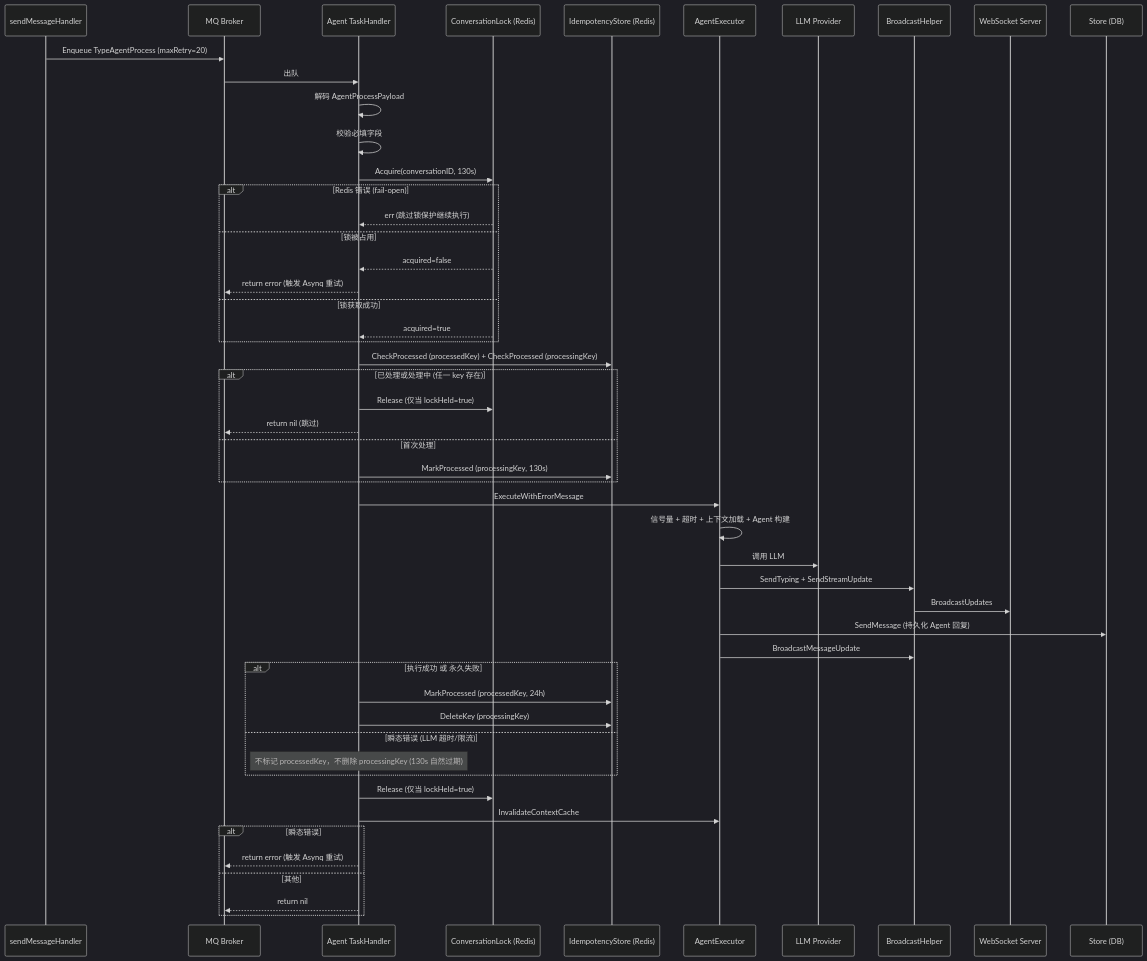
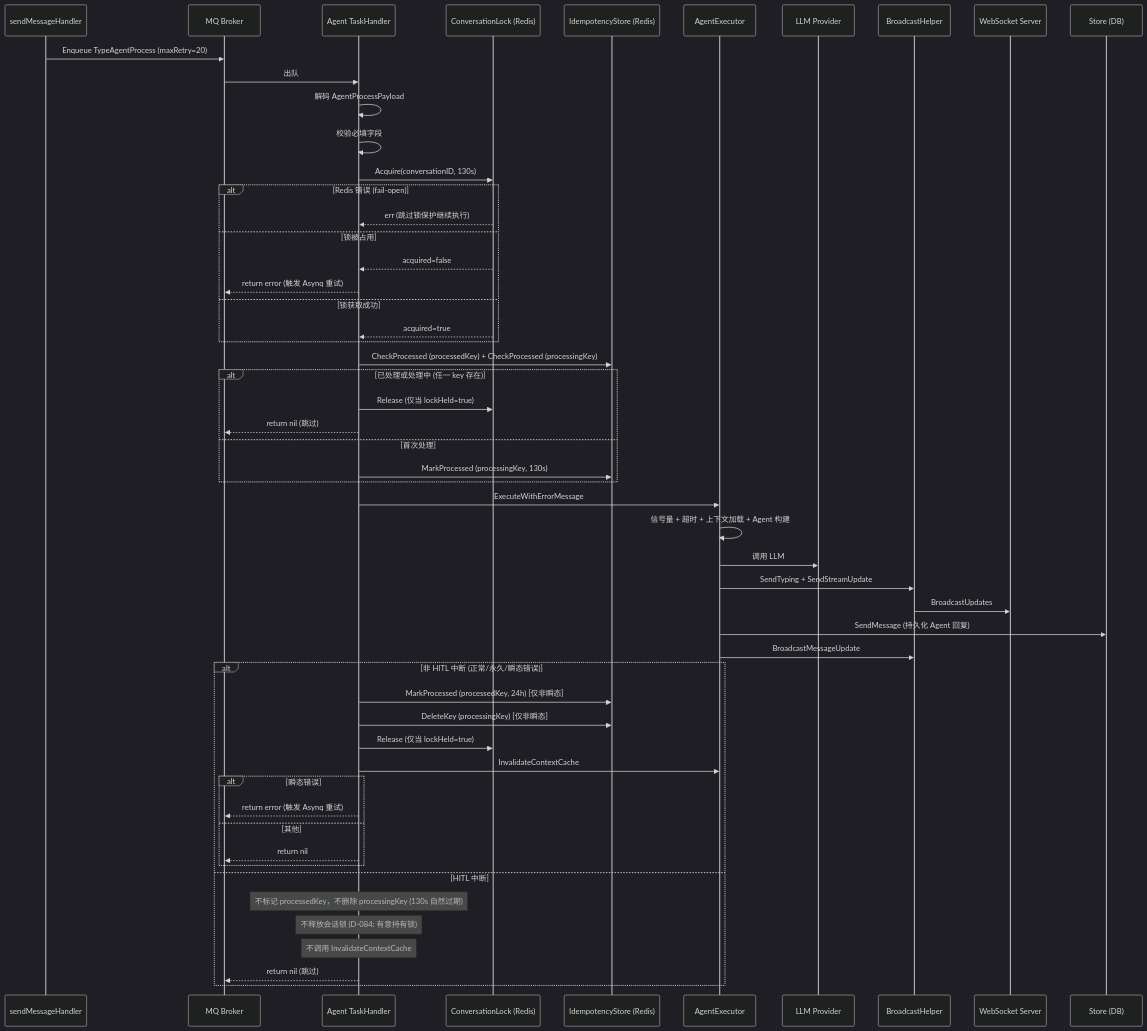
One commit to PineappleBond/xyncra-server changed the second of 9 diagrams in wiki/flows/mq-async.md. Above: the diagram before and after it, drawn with Mermaid (dark theme). The commit also changed other lines of this file and 19 other files, not shown here.

````diff
--- a/wiki/flows/mq-async.md
+++ b/wiki/flows/mq-async.md
@@ -121,54 +121,57 @@
 ```mermaid
 sequenceDiagram
     participant SendMsg as sendMessageHandler
     participant Broker as MQ Broker
     participant Worker as Agent TaskHandler
     participant Lock as ConversationLock (Redis)
     participant Idem as IdempotencyStore (Redis)
     participant Exec as AgentExecutor
     participant LLM as LLM Provider
     participant BC as BroadcastHelper
     participant WS as WebSocket Server
     participant Store as Store (DB)
 
     SendMsg->>Broker: Enqueue TypeAgentProcess (maxRetry=20)
     Broker->>Worker: 出队
     Worker->>Worker: 解码 AgentProcessPayload
     Worker->>Worker: 校验必填字段
     Worker->>Lock: Acquire(conversationID, 130s)
     alt Redis 错误 (fail-open)
         Lock-->>Worker: err (跳过锁保护继续执行)
     else 锁被占用
         Lock-->>Worker: acquired=false
         Worker-->>Broker: return error (触发 Asynq 重试)
     else 锁获取成功
         Lock-->>Worker: acquired=true
     end
     Worker->>Idem: CheckProcessed (processedKey) + CheckProcessed (processingKey)
     alt 已处理或处理中 (任一 key 存在)
         Worker->>Lock: Release (仅当 lockHeld=true)
         Worker-->>Broker: return nil (跳过)
     else 首次处理
         Worker->>Idem: MarkProcessed (processingKey, 130s)
     end
     Worker->>Exec: ExecuteWithErrorMessage
     Exec->>Exec: 信号量 + 超时 + 上下文加载 + Agent 构建
     Exec->>LLM: 调用 LLM
     Exec->>BC: SendTyping + SendStreamUpdate
     BC->>WS: BroadcastUpdates
     Exec->>Store: SendMessage (持久化 Agent 回复)
     Exec->>BC: BroadcastMessageUpdate
-    alt 执行成功 或 永久失败
-        Worker->>Idem: MarkProcessed (processedKey, 24h)
-        Worker->>Idem: DeleteKey (processingKey)
-    else 瞬态错误 (LLM 超时/限流)
+    alt 非 HITL 中断 (正常/永久/瞬态错误)
+        Worker->>Idem: MarkProcessed (processedKey, 24h) [仅非瞬态]
+        Worker->>Idem: DeleteKey (processingKey) [仅非瞬态]
+        Worker->>Lock: Release (仅当 lockHeld=true)
+        Worker->>Exec: InvalidateContextCache
+        alt 瞬态错误
+            Worker-->>Broker: return error (触发 Asynq 重试)
+        else 其他
+            Worker-->>Broker: return nil
+        end
+    else HITL 中断
         Note over Worker: 不标记 processedKey，不删除 processingKey (130s 自然过期)
-    end
-    Worker->>Lock: Release (仅当 lockHeld=true)
-    Worker->>Exec: InvalidateContextCache
-    alt 瞬态错误
-        Worker-->>Broker: return error (触发 Asynq 重试)
-    else 其他
-        Worker-->>Broker: return nil
+        Note over Worker: 不释放会话锁 (D-084: 有意持有锁)
+        Note over Worker: 不调用 InvalidateContextCache
+        Worker-->>Broker: return nil (跳过)
     end
 ```
````
